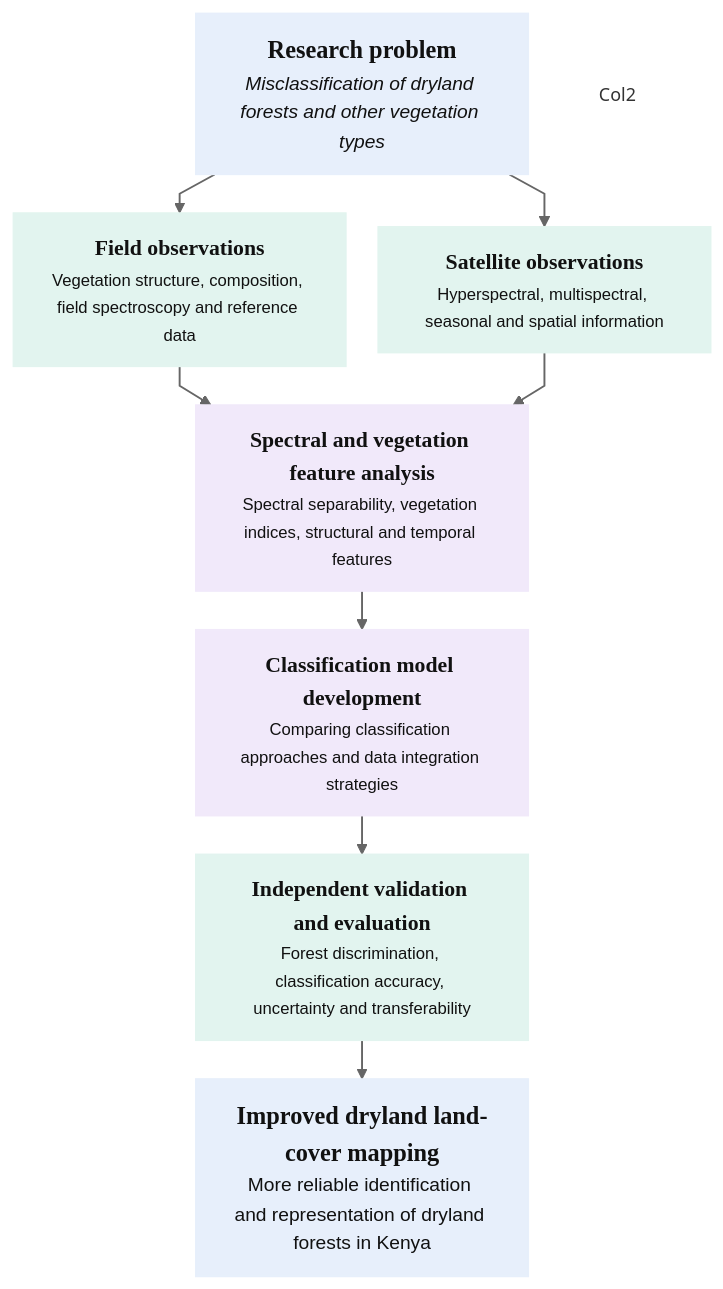
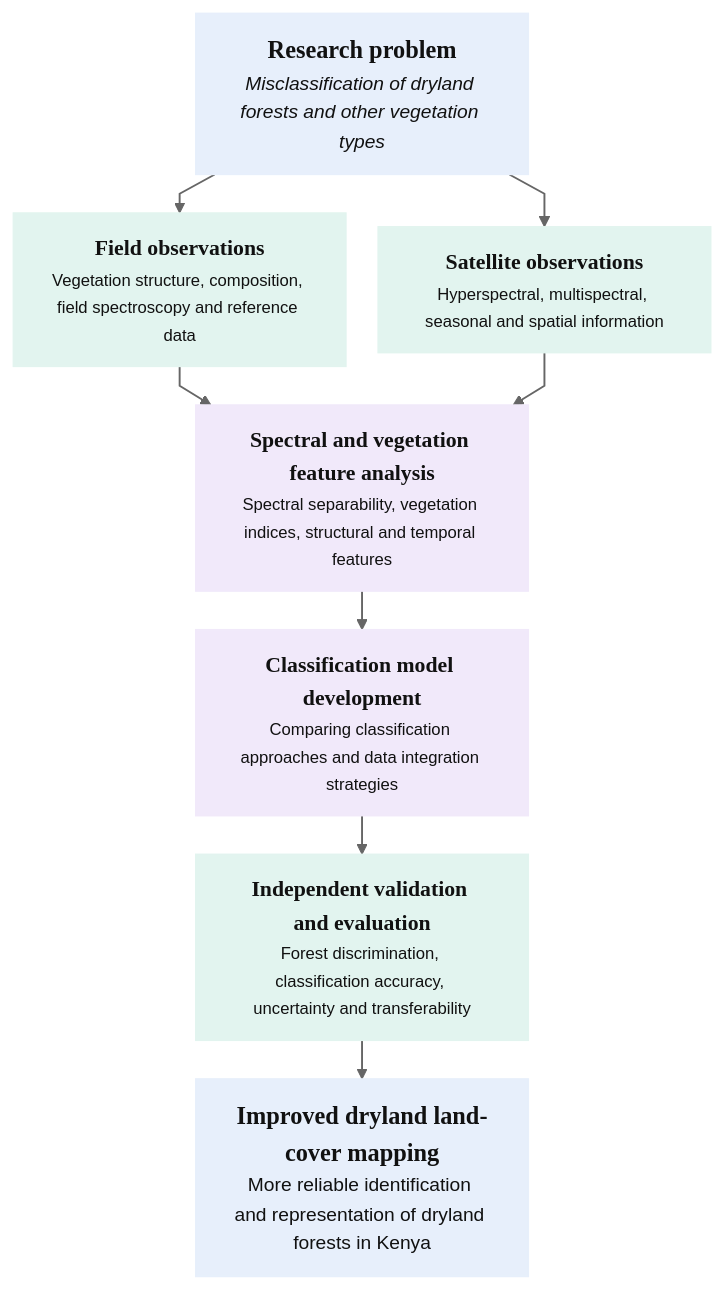
The diagram in Research Design V2.md (Merceline10/My-First_Ever), drawn with Mermaid before and after one commit.

Commit message:
Remove style from Col2 in Research Design V2

````diff
--- a/Research Design V2.md
+++ b/Research Design V2.md
@@ -3,52 +3,52 @@
 ```mermaid
 %%{init: {
   "theme": "base",
   "themeVariables": {
     "fontFamily": "Arial, sans-serif",
     "fontSize": "14px",
     "lineColor": "#666666"
   },
   "flowchart": {
     "htmlLabels": true,
     "curve": "linear",
     "nodeSpacing": 25,
     "rankSpacing": 30
   }
 }}%%
 
 flowchart TB
 
     A["<span style='font-family:Georgia,serif;font-size:19px;font-weight:bold'>Research problem</span><br/><span style='font-family:Arial,sans-serif;font-size:15px;font-style:italic'>Misclassification of dryland forests and other vegetation types</span>"]
 
     B["<span style='font-family:Georgia,serif;font-size:17px;font-weight:bold'>Field observations</span><br/><span style='font-family:Arial,sans-serif;font-size:13px'>Vegetation structure, composition, field spectroscopy and reference data</span>"]
 
     C["<span style='font-family:Georgia,serif;font-size:17px;font-weight:bold'>Satellite observations</span><br/><span style='font-family:Arial,sans-serif;font-size:13px'>Hyperspectral, multispectral, seasonal and spatial information</span>"]
 
     D["<span style='font-family:Georgia,serif;font-size:17px;font-weight:bold'>Spectral and vegetation feature analysis</span><br/><span style='font-family:Arial,sans-serif;font-size:13px'>Spectral separability, vegetation indices, structural and temporal features</span>"]
 
     E["<span style='font-family:Georgia,serif;font-size:17px;font-weight:bold'>Classification model development</span><br/><span style='font-family:Arial,sans-serif;font-size:13px'>Comparing classification approaches and data integration strategies</span>"]
 
     F["<span style='font-family:Georgia,serif;font-size:17px;font-weight:bold'>Independent validation and evaluation</span><br/><span style='font-family:Arial,sans-serif;font-size:13px'>Forest discrimination, classification accuracy, uncertainty and transferability</span>"]
 
     G["<span style='font-family:Georgia,serif;font-size:19px;font-weight:bold'>Improved dryland land-cover mapping</span><br/><span style='font-family:Arial,sans-serif;font-size:15px'>More reliable identification and representation of dryland forests in Kenya</span>"]
 
     A --> B
     A --> C
     B --> D
     C --> D
     D --> E
     E --> F
     F --> G
 
     classDef blue fill:#E7EFFB,stroke:#E7EFFB,color:#111111,stroke-width:1px;
     classDef green fill:#E2F4EF,stroke:#E2F4EF,color:#111111,stroke-width:1px;
     classDef purple fill:#F1E9FA,stroke:#F1E9FA,color:#111111,stroke-width:1px;
 
     class A,G blue;
     class B,C,F green;
     class D,E purple;
 
     linkStyle default stroke:#666666,stroke-width:1.5px;
 
-    style Col2 fill:transparent,stroke:none
+    
 ```
````
